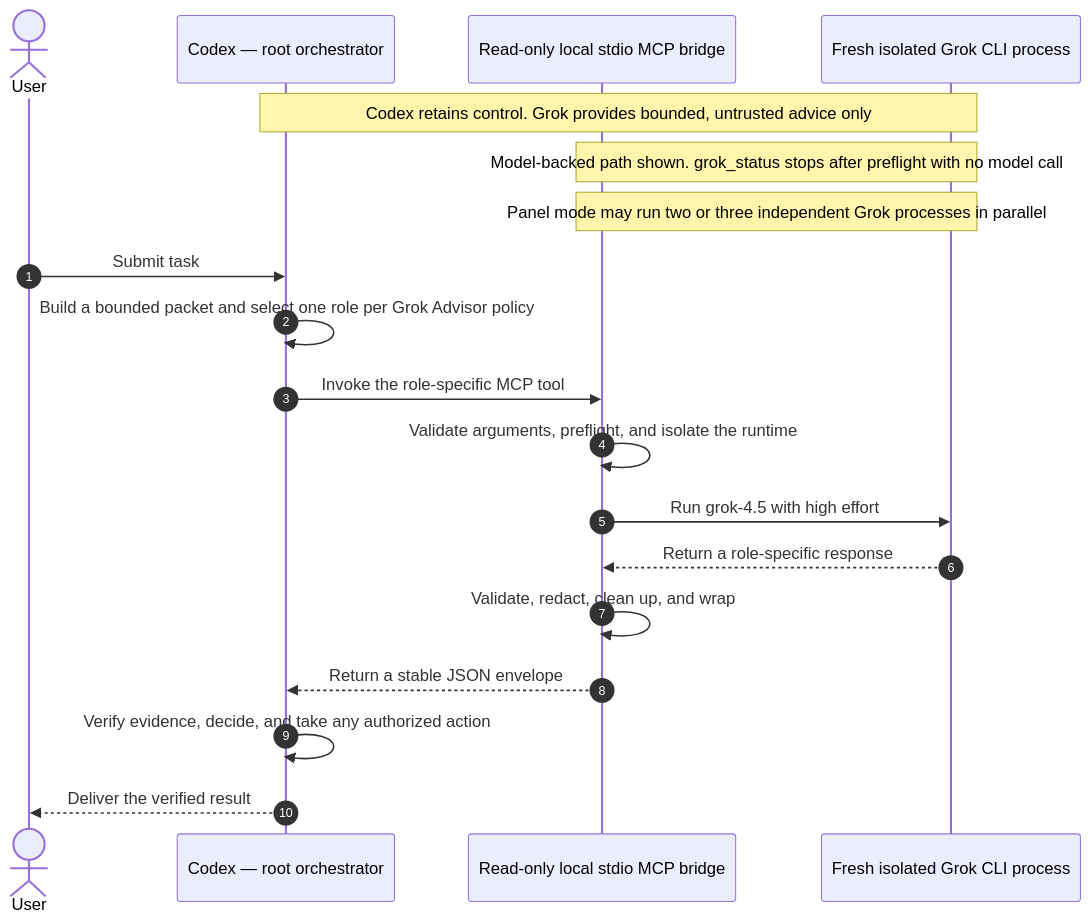
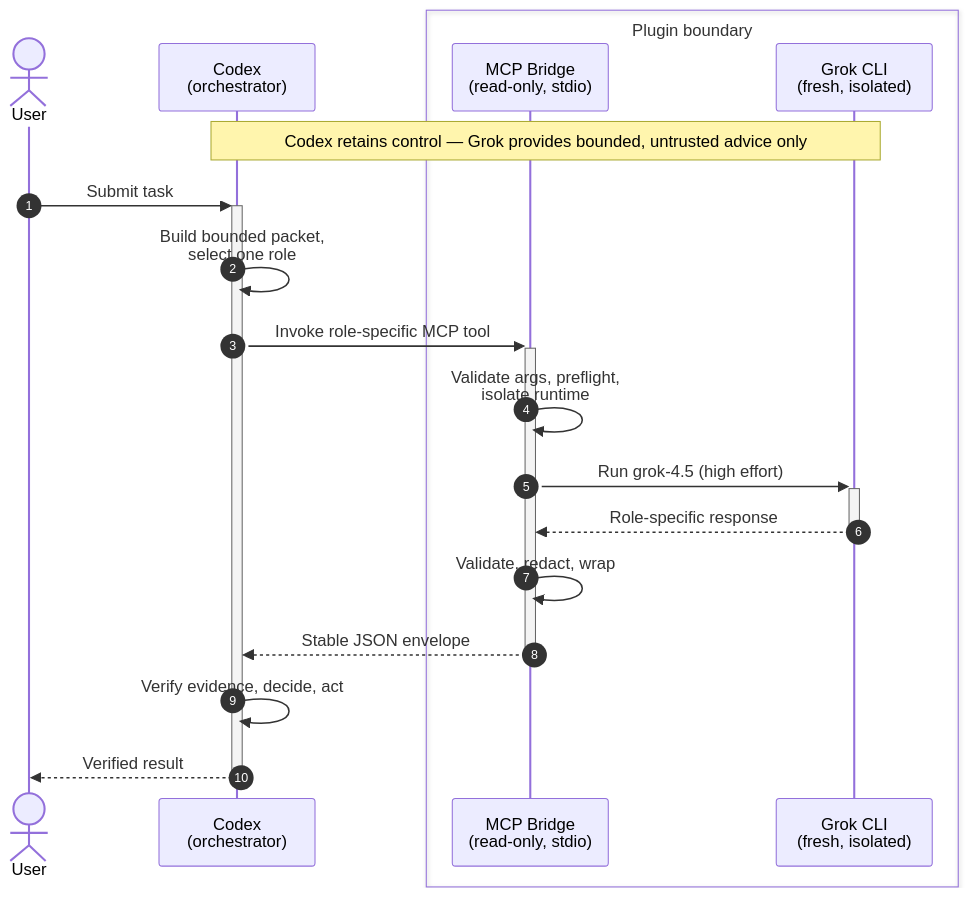
One commit to keiranhaax/grok-plugin changed the diagram in README.md. Above: the diagram before and after it, drawn with Mermaid. The commit also changed other lines of this file and 2 other files, not shown here.

Commit message:
docs: compact architecture sequence diagram

````diff
--- a/README.md
+++ b/README.md
@@ -32,23 +32,23 @@
 ```mermaid
 sequenceDiagram
     autonumber
     actor U as User
-    participant C as Codex — root orchestrator
-    participant B as Read-only local stdio MCP bridge
-    participant G as Fresh isolated Grok CLI process
+    participant C as Codex<br/>(orchestrator)
+    box transparent Plugin boundary
+        participant B as MCP Bridge<br/>(read-only, stdio)
+        participant G as Grok CLI<br/>(fresh, isolated)
+    end
 
-    Note over C,G: Codex retains control. Grok provides bounded, untrusted advice only
-    Note over B,G: Model-backed path shown. grok_status stops after preflight with no model call
-    Note over B,G: Panel mode may run two or three independent Grok processes in parallel
+    Note over C,G: Codex retains control — Grok provides bounded, untrusted advice only
 
-    U->>C: Submit task
-    C->>C: Build a bounded packet and select one role per Grok Advisor policy
-    C->>B: Invoke the role-specific MCP tool
-    B->>B: Validate arguments, preflight, and isolate the runtime
-    B->>G: Run grok-4.5 with high effort
-    G-->>B: Return a role-specific response
-    B->>B: Validate, redact, clean up, and wrap
-    B-->>C: Return a stable JSON envelope
-    C->>C: Verify evidence, decide, and take any authorized action
-    C-->>U: Deliver the verified result
+    U->>+C: Submit task
+    C->>C: Build bounded packet,<br/>select one role
+    C->>+B: Invoke role-specific MCP tool
+    B->>B: Validate args, preflight,<br/>isolate runtime
+    B->>+G: Run grok-4.5 (high effort)
+    G-->>-B: Role-specific response
+    B->>B: Validate, redact, wrap
+    B-->>-C: Stable JSON envelope
+    C->>C: Verify evidence, decide, act
+    C-->>-U: Verified result
 ```
````
